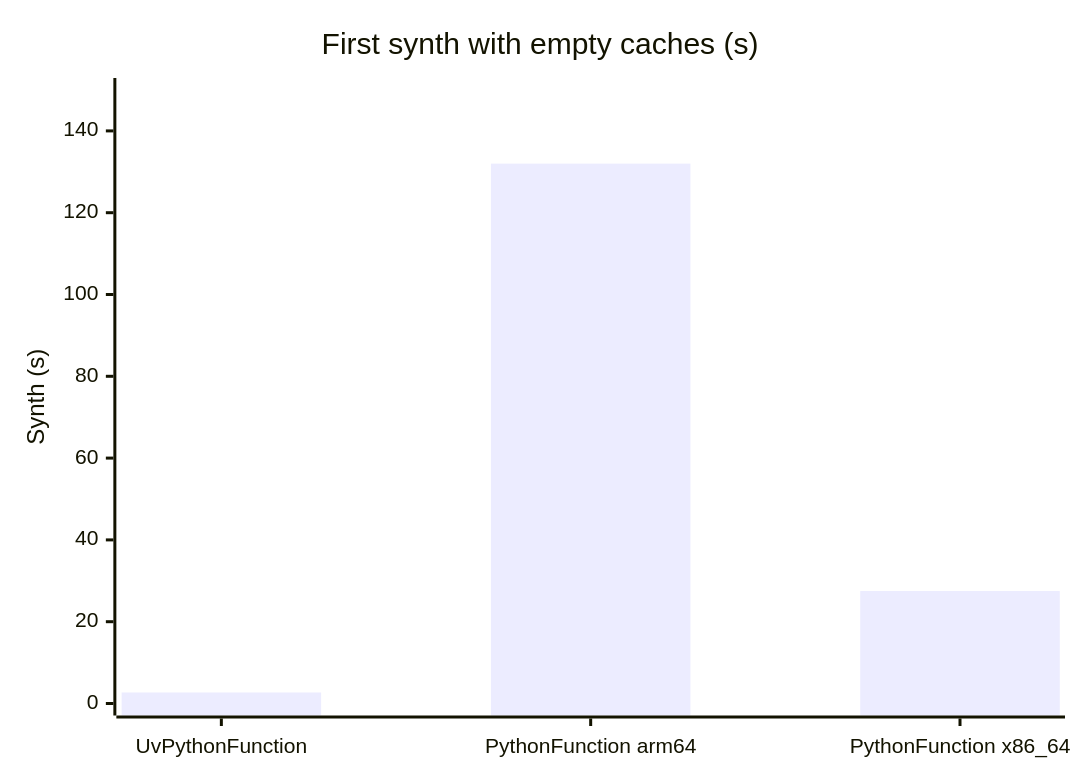
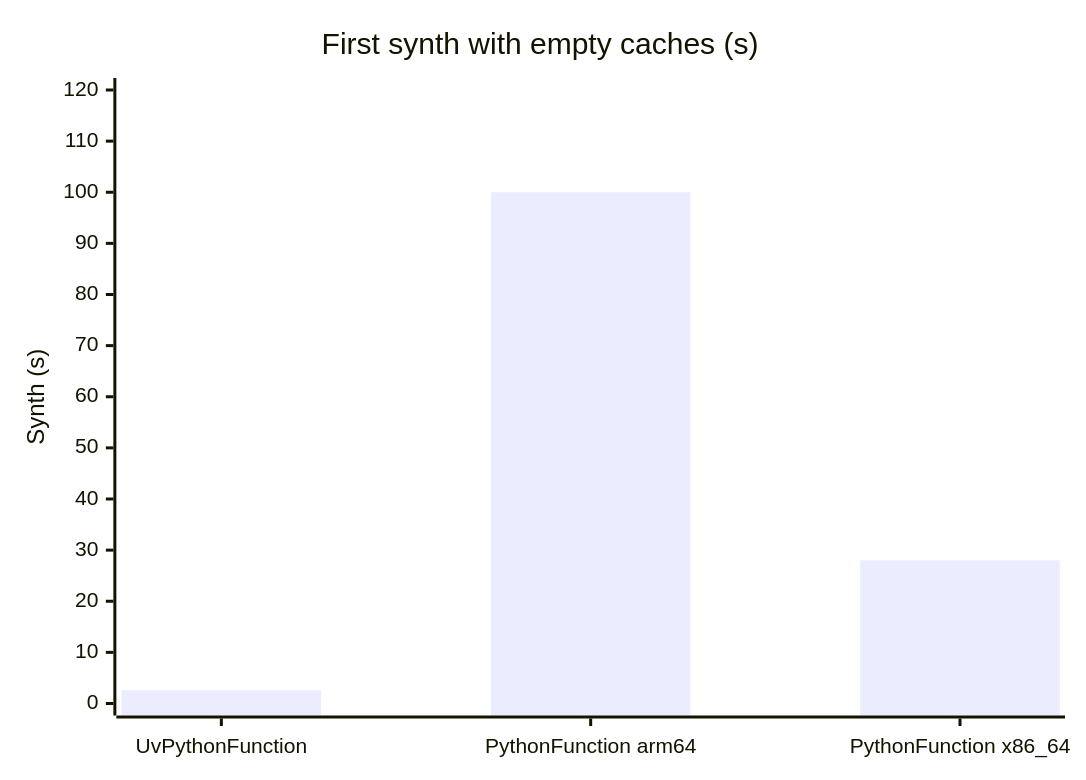
Before and after one commit to garysassano/aws-examples: the third of 3 diagrams in cdk/lambda-python-uv-enhanced/README.md, drawn with Mermaid. The commit also changed other lines of this file and 6 other files, not shown here.

````diff
--- a/cdk/lambda-python-uv-enhanced/README.md
+++ b/cdk/lambda-python-uv-enhanced/README.md
@@ -80,7 +79,7 @@
 ```mermaid
 xychart-beta
   title "First synth with empty caches (s)"
   x-axis ["UvPythonFunction", "PythonFunction arm64", "PythonFunction x86_64"]
-  y-axis "Synth (s)" 0 --> 150
-  bar [2.7, 132, 27.5]
+  y-axis "Synth (s)" 0 --> 120
+  bar [2.6, 100, 28]
 ```
````
